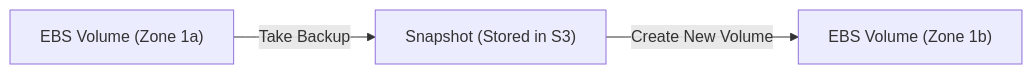
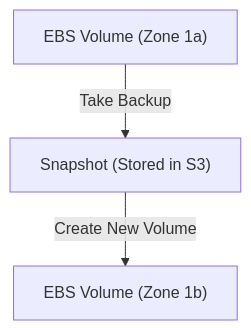
One commit to GurunathJadhav/Tools changed the third of 5 diagrams in All Notes/AWS-PSA-NOTES/aws-guide.md. Above: the diagram before and after it, drawn with Mermaid. The commit also changed other lines of this file, not shown here.

````diff
--- a/All Notes/AWS-PSA-NOTES/aws-guide.md
+++ b/All Notes/AWS-PSA-NOTES/aws-guide.md
@@ -133,5 +127,5 @@
 ```mermaid
-flowchart LR
+flowchart TD
     V1["EBS Volume (Zone 1a)"] -->|Take Backup| SNAP["Snapshot (Stored in S3)"]
     SNAP -->|Create New Volume| V2["EBS Volume (Zone 1b)"]
 ```
````
